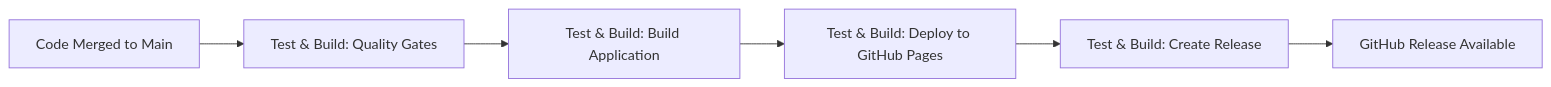
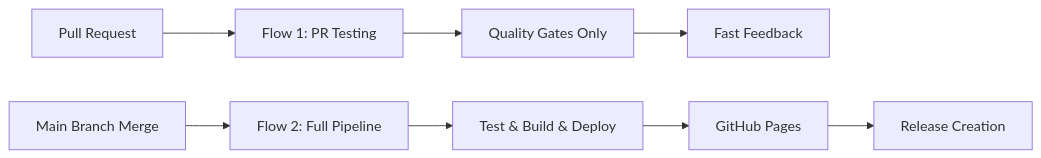
One commit to StargrrlMoonlight/SettingUpMcpServers changed the diagram in WORKFLOW.md. Above: the diagram before and after it, drawn with Mermaid. The commit also changed other lines of this file and 10 other files, not shown here.

````diff
--- a/WORKFLOW.md
+++ b/WORKFLOW.md
@@ -8,8 +10,11 @@
 ```mermaid
 graph LR
-    A[Code Merged to Main] --> B[Test & Build: Quality Gates]
-    B --> C[Test & Build: Build Application]
-    C --> D[Test & Build: Deploy to GitHub Pages]
-    D --> E[Test & Build: Create Release]
-    E --> F[GitHub Release Available]
+    A[Pull Request] --> B[Flow 1: PR Testing]
+    B --> C[Quality Gates Only]
+    C --> D[Fast Feedback]
+    
+    E[Main Branch Merge] --> F[Flow 2: Full Pipeline]
+    F --> G[Test & Build & Deploy]
+    G --> H[GitHub Pages]
+    H --> I[Release Creation]
 ```
````
